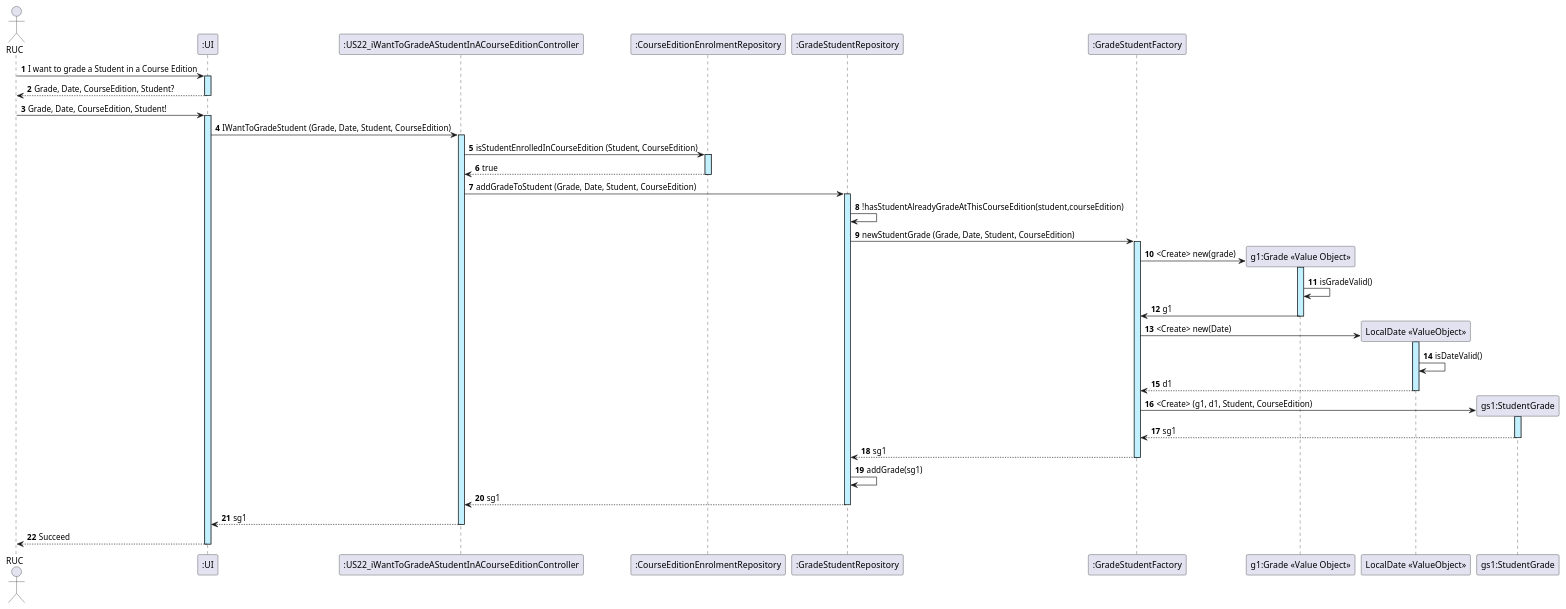
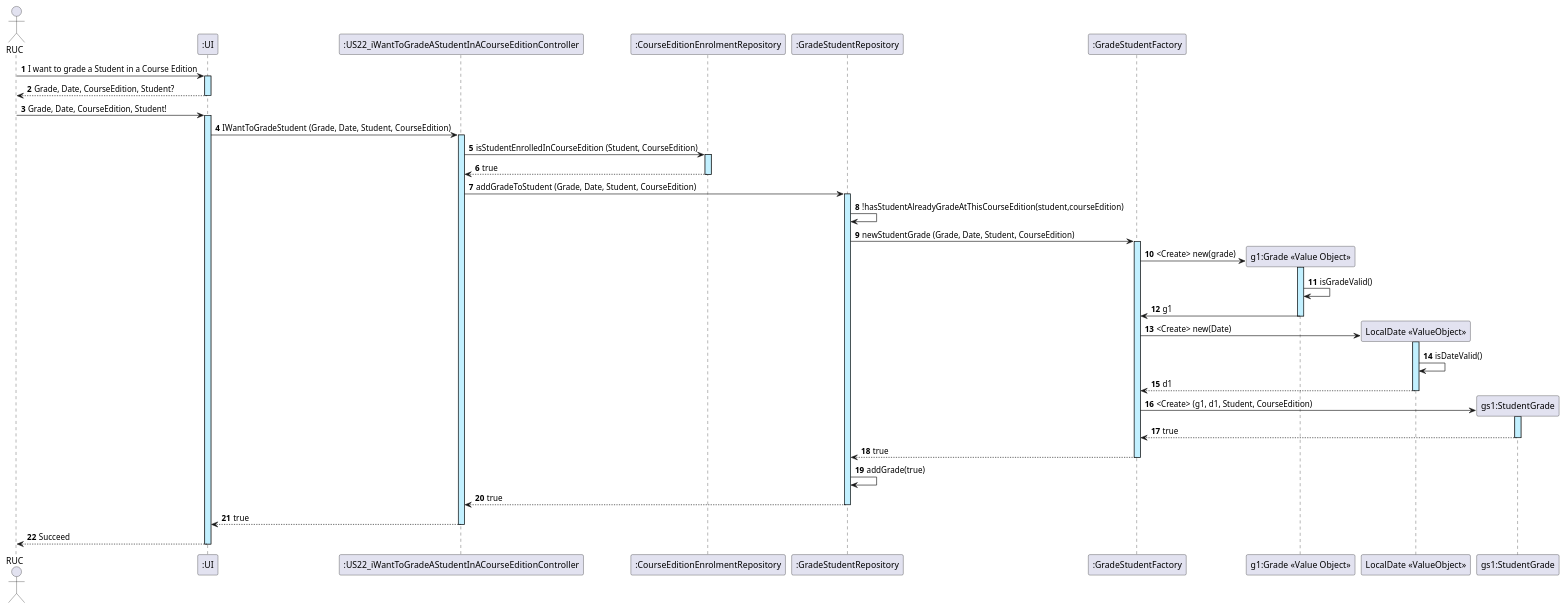
The diagram in docs/US22/US22_GradeAStudentInACourseEdition_SequenceDiagram.puml (GasparISEP/DevOps-PAI), drawn with PlantUML before and after one commit.

Commit message:
Ref #52: Changed method from returning an object to return a boolean

```diff
--- a/docs/US22/US22_GradeAStudentInACourseEdition_SequenceDiagram.puml
+++ b/docs/US22/US22_GradeAStudentInACourseEdition_SequenceDiagram.puml
@@ -1,50 +1,50 @@
 @startuml
 actor RUC
 participant ":UI" as UI
 participant ":US22_iWantToGradeAStudentInACourseEditionController" as ctr
 participant ":CourseEditionEnrolmentRepository" as CEER
 participant ":GradeStudentRepository" as GR
 participant ":GradeStudentFactory" as GSF
 participant "g1:Grade «Value Object»" as G
 participant "LocalDate «ValueObject»" as D
 participant "gs1:StudentGrade" as GS
 
 autonumber
 
 RUC -> UI ++ #application: I want to grade a Student in a Course Edition
 UI --> RUC --: Grade, Date, CourseEdition, Student?
 RUC -> UI ++ #application: Grade, Date, CourseEdition, Student!
 UI -> ctr ++ #application : IWantToGradeStudent (Grade, Date, Student, CourseEdition)
 ctr -> CEER ++ #application : isStudentEnrolledInCourseEdition (Student, CourseEdition)
 CEER --> ctr -- : true
 
 
 ctr -> GR ++ #application : addGradeToStudent (Grade, Date, Student, CourseEdition)
 GR -> GR : !hasStudentAlreadyGradeAtThisCourseEdition(student,courseEdition)
 GR -> GSF ++ #application : newStudentGrade (Grade, Date, Student, CourseEdition)
 
 create G
 GSF -> G ++ #application : <Create> new(grade)
 G -> G : isGradeValid()
 G -> GSF :  g1
 deactivate G
 
 create D
 GSF -> D ++ #application : <Create> new(Date)
 D -> D : isDateValid()
 D --> GSF : d1
 deactivate D
 
 
 create GS
 GSF -> GS ++ #application : <Create> (g1, d1, Student, CourseEdition)
-GS --> GSF -- : sg1
-GSF --> GR -- : sg1
+GS --> GSF -- : true
+GSF --> GR -- : true
 
 
-GR -> GR : addGrade(sg1)
-GR --> ctr --: sg1
-ctr --> UI --: sg1
+GR -> GR : addGrade(true)
+GR --> ctr --: true
+ctr --> UI --: true
 UI --> RUC --: Succeed
 
 @enduml
```
